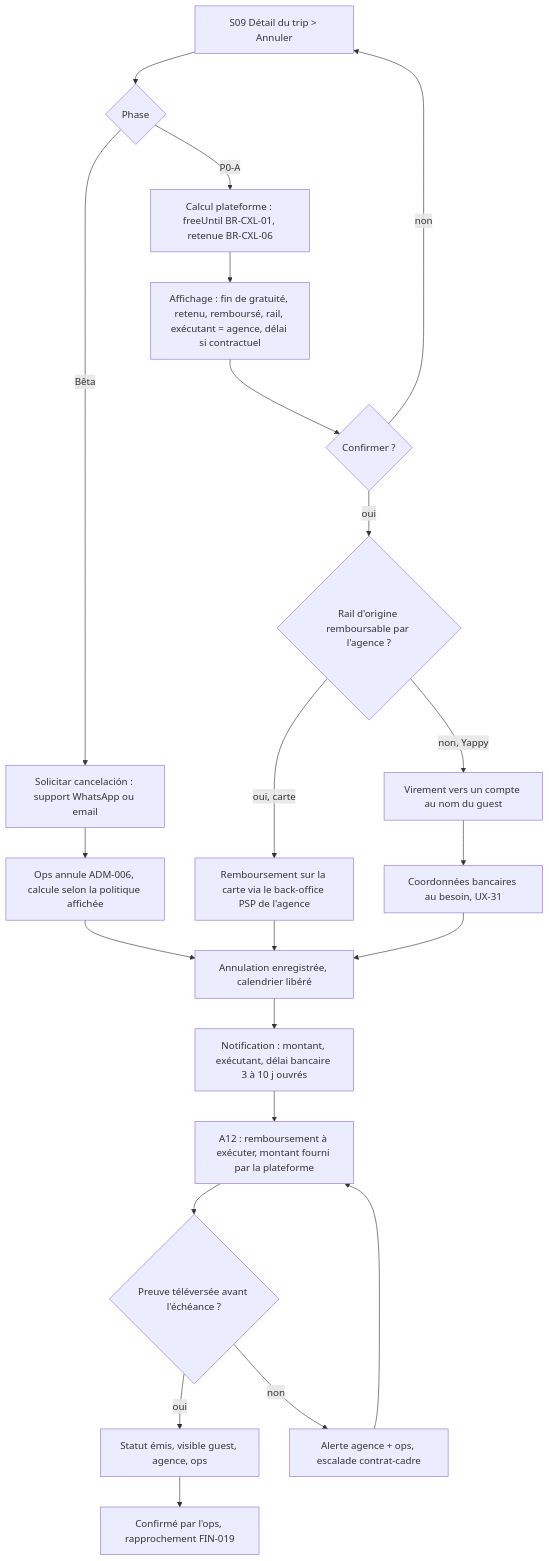
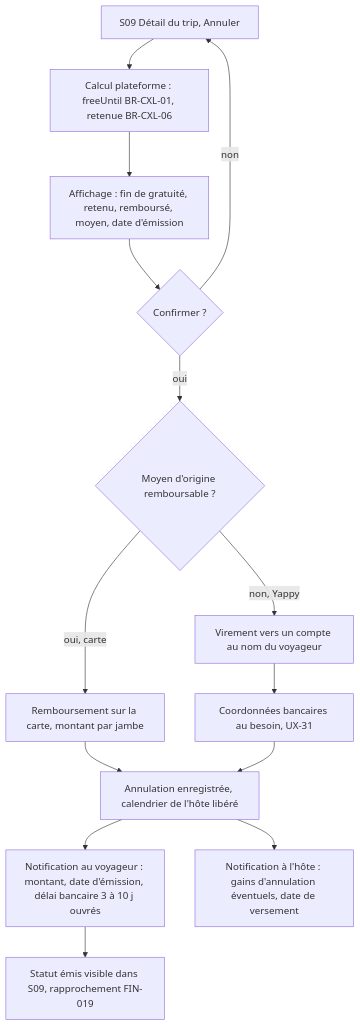
The sixth of 10 diagrams in docs/specs/10b_UX_UI_ANALYSIS.md (Noamgitpty/rueda), drawn with Mermaid before and after one commit. The commit also changed other lines of this file and 2 other files, not shown here.

````diff
--- a/docs/specs/10b_UX_UI_ANALYSIS.md
+++ b/docs/specs/10b_UX_UI_ANALYSIS.md
@@ -630,24 +664,16 @@
 ```mermaid
 flowchart TD
-  A["S09 Détail du trip > Annuler"] --> P{"Phase"}
-  P -->|Bêta| B0["Solicitar cancelación : support WhatsApp ou email"]
-  B0 --> B1["Ops annule ADM-006, calcule selon la politique affichée"]
-  B1 --> H
-  P -->|P0-A| B["Calcul plateforme : freeUntil BR-CXL-01, retenue BR-CXL-06"]
-  B --> C["Affichage : fin de gratuité, retenu, remboursé, rail, exécutant = agence, délai si contractuel"]
+  A["S09 Détail du trip, Annuler"] --> B["Calcul plateforme : freeUntil BR-CXL-01, retenue BR-CXL-06"]
+  B --> C["Affichage : fin de gratuité, retenu, remboursé, moyen, date d'émission"]
   C --> G{"Confirmer ?"}
   G -->|non| A
-  G -->|oui| D{"Rail d'origine remboursable par l'agence ?"}
-  D -->|oui, carte| E["Remboursement sur la carte via le back-office PSP de l'agence"]
-  D -->|non, Yappy| F["Virement vers un compte au nom du guest"]
+  G -->|oui| D{"Moyen d'origine remboursable ?"}
+  D -->|oui, carte| E["Remboursement sur la carte, montant par jambe"]
+  D -->|non, Yappy| F["Virement vers un compte au nom du voyageur"]
   F --> F1["Coordonnées bancaires au besoin, UX-31"]
-  E --> H["Annulation enregistrée, calendrier libéré"]
+  E --> H["Annulation enregistrée, calendrier de l'hôte libéré"]
   F1 --> H
-  H --> I["Notification : montant, exécutant, délai bancaire 3 à 10 j ouvrés"]
-  I --> J["A12 : remboursement à exécuter, montant fourni par la plateforme"]
-  J --> J1{"Preuve téléversée avant l'échéance ?"}
-  J1 -->|oui| K["Statut émis, visible guest, agence, ops"]
-  K --> K1["Confirmé par l'ops, rapprochement FIN-019"]
-  J1 -->|non| J2["Alerte agence + ops, escalade contrat-cadre"]
-  J2 --> J
+  H --> I["Notification au voyageur : montant, date d'émission, délai bancaire 3 à 10 j ouvrés"]
+  H --> J["Notification à l'hôte : gains d'annulation éventuels, date de versement"]
+  I --> K["Statut émis visible dans S09, rapprochement FIN-019"]
 ```
````
